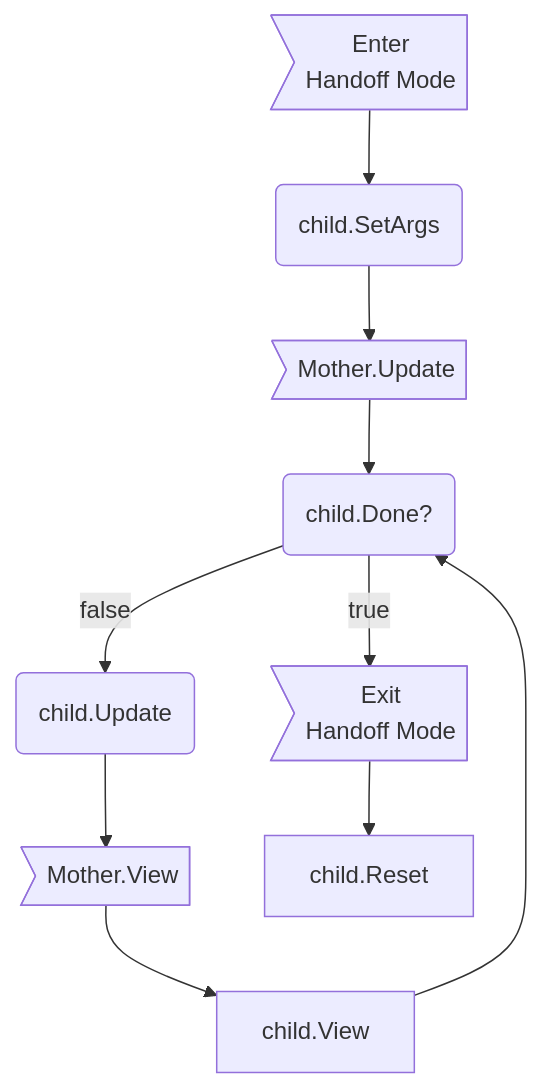
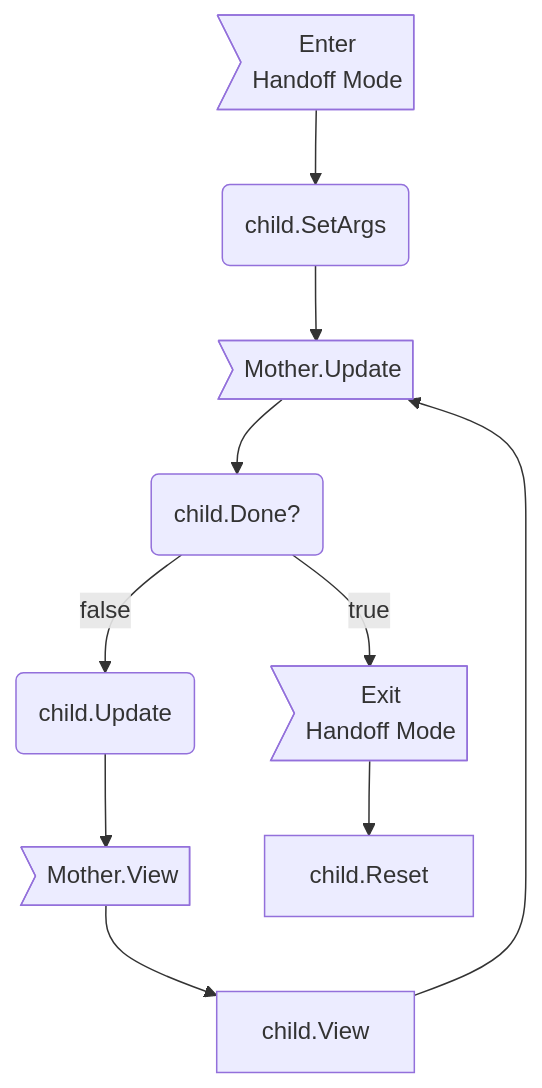
One commit to rflandau/gwcli changed the second of 2 diagrams in CONTRIBUTING.md. Above: the diagram before and after it, drawn with Mermaid. The commit also changed other lines of this file, not shown here.

````diff
--- a/CONTRIBUTING.md
+++ b/CONTRIBUTING.md
@@ -112,9 +118,9 @@
 ```mermaid
 flowchart
     EnterHandoff>Enter<br>Handoff Mode] -->
     SetArgs(child.SetArgs) --> MotherUpdate>Mother.Update] --> Done(child.Done?)
     --false--> Update(child.Update) --> MotherView>Mother.View] -->View[child.View]
-    --> Done
+    --> MotherUpdate
 
     Done --true--> ExitHandoff>Exit<br>Handoff Mode] --> Reset[child.Reset]
 ```
````
